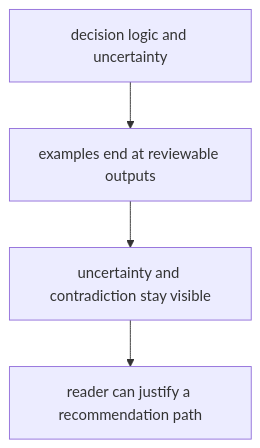
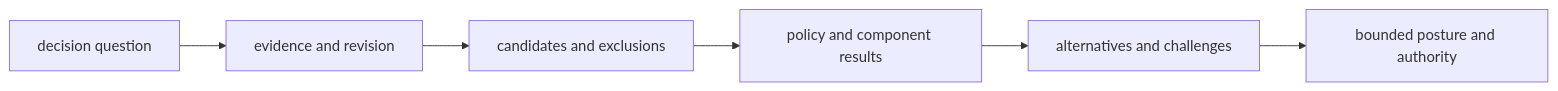
The diagram in docs/05-bijux-proteomics-intelligence/quality/documentation-standards.md (bijux/bijux-proteomics), drawn with Mermaid before and after one commit. The commit also changed other lines of this file and 2 other files, not shown here.

Commit message:
docs(intelligence): expose decision evidence limits

````diff
--- a/docs/05-bijux-proteomics-intelligence/quality/documentation-standards.md
+++ b/docs/05-bijux-proteomics-intelligence/quality/documentation-standards.md
@@ -18,11 +31,8 @@
 ```mermaid
-flowchart TB
-    logic["decision logic and uncertainty"]
-    examples["examples end at reviewable outputs"]
-    contradiction["uncertainty and contradiction stay visible"]
-    reader["reader can justify a recommendation path"]
-
-    logic --> examples
-    examples --> contradiction
-    contradiction --> reader
+flowchart LR
+    Q["decision question"] --> E["evidence and revision"]
+    E --> C["candidates and exclusions"]
+    C --> P["policy and component results"]
+    P --> A["alternatives and challenges"]
+    A --> R["bounded posture and authority"]
 ```
````
